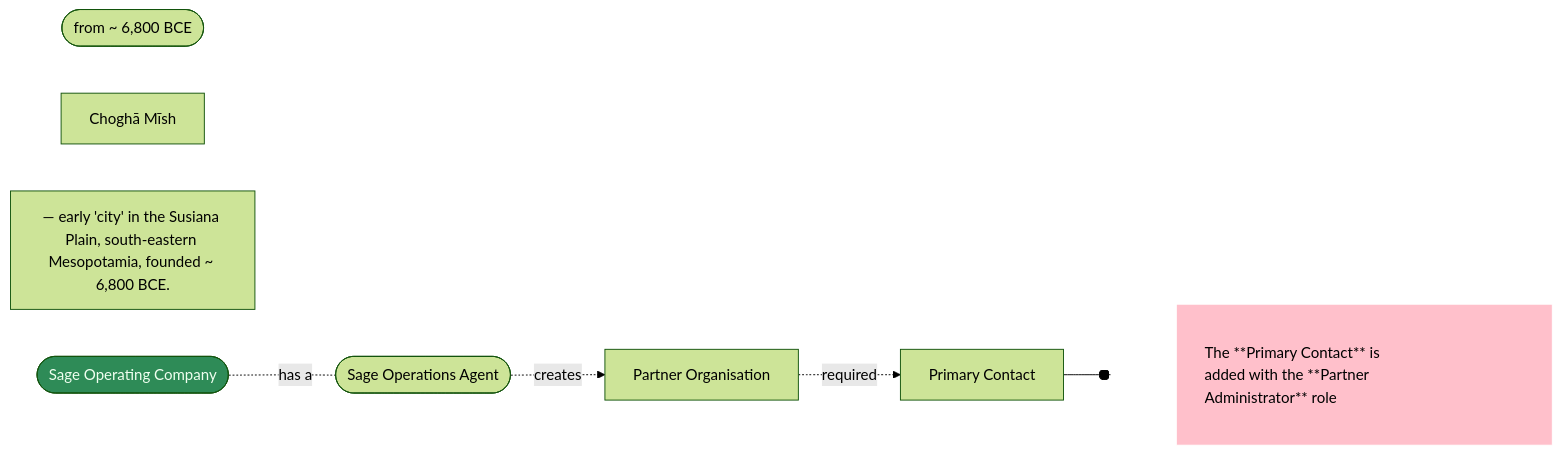
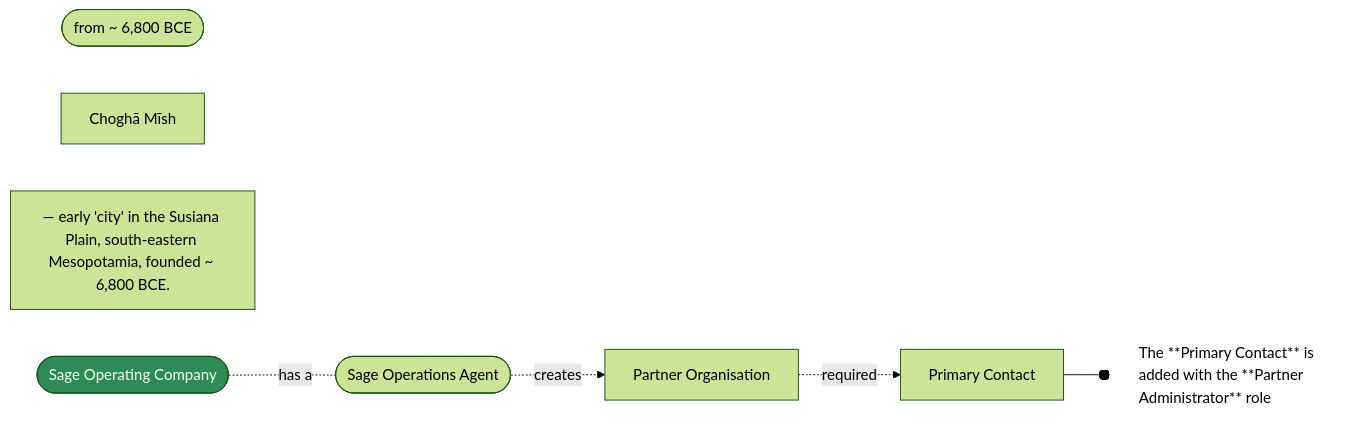
One commit to joe-dorward/samples changed the diagram in 2025_Sage/01_Scenario - Partner organisation.mdx. Above: the diagram before and after it, drawn with Mermaid.

Commit message:
Update 01_Scenario - Partner organisation.mdx

````diff
--- a/2025_Sage/01_Scenario - Partner organisation.mdx
+++ b/2025_Sage/01_Scenario - Partner organisation.mdx
@@ -2,31 +2,32 @@
 ```mermaid
 %%{
   init: {
     'theme': 'forest',
     'themeVariables': {
       'fontSize':'12pt'
     }
   }
 }%%
 flowchart LR
  classDef Sage fill:seagreen, color:honeydew;
- classDef Note fill:pink, stroke:white, text-align:left, font-size:12pt, width:400px, margin:0px, padding:10px;
+ %%classDef Note fill:pink, stroke:white, text-align:left, font-size:12pt, width:400px, margin:0px, padding:10px;
+ classDef Note fill:white, stroke:white, text-align:left, font-size:12pt;
 
 
   6800([from ~ 6,800 BCE])
     CHOGHA_MISH[Choghā Mīsh]
     CHOGHA_MISH_NOTE[#151; early 'city' in the Susiana Plain, south-eastern Mesopotamia, founded ~ 6,800 BCE.]
     click CHOGHA_MISH "https://en.wikipedia.org/wiki/Chogha_Mish" _blank
 
 
   SAGE_OPERATING_COMPANY_01([Sage Operating Company])-.has a.-
   SAGE_OPERATIONS_AGENT_01([Sage Operations Agent])-.creates.->
   PARTNER_ORGANISATION_01[Partner Organisation]-.required.->
   PRIMARY_CONTACT_01[Primary Contact]--o
   PRIMARY_CONTACT_01_NOTE[The **Primary Contact** is added with the **Partner Administrator** role]
 
 
 
   class SAGE_OPERATING_COMPANY_01 Sage
   class PRIMARY_CONTACT_01_NOTE Note
 ```
````
